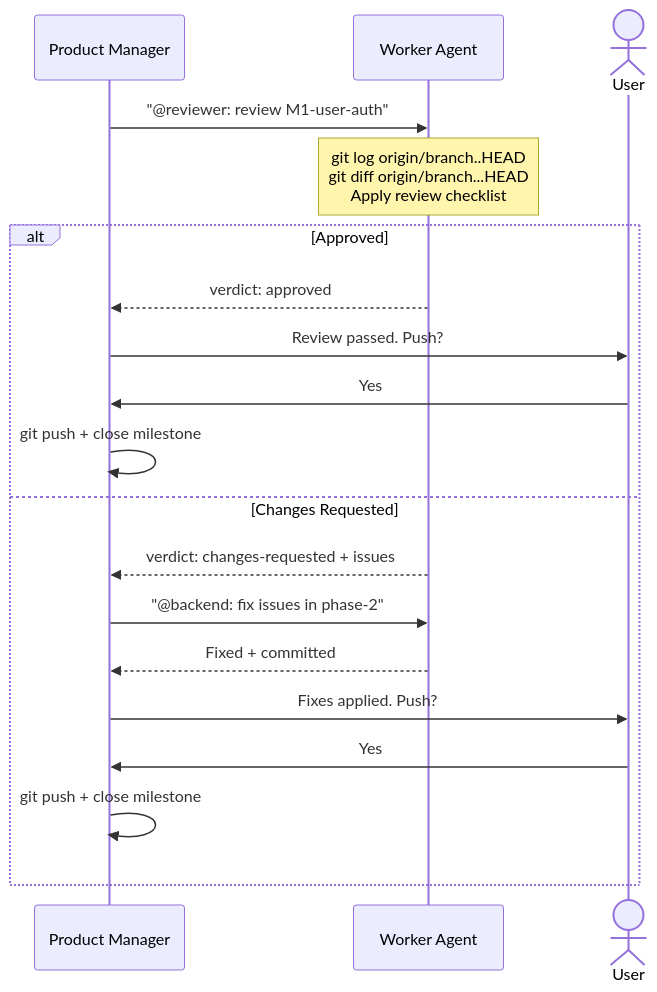
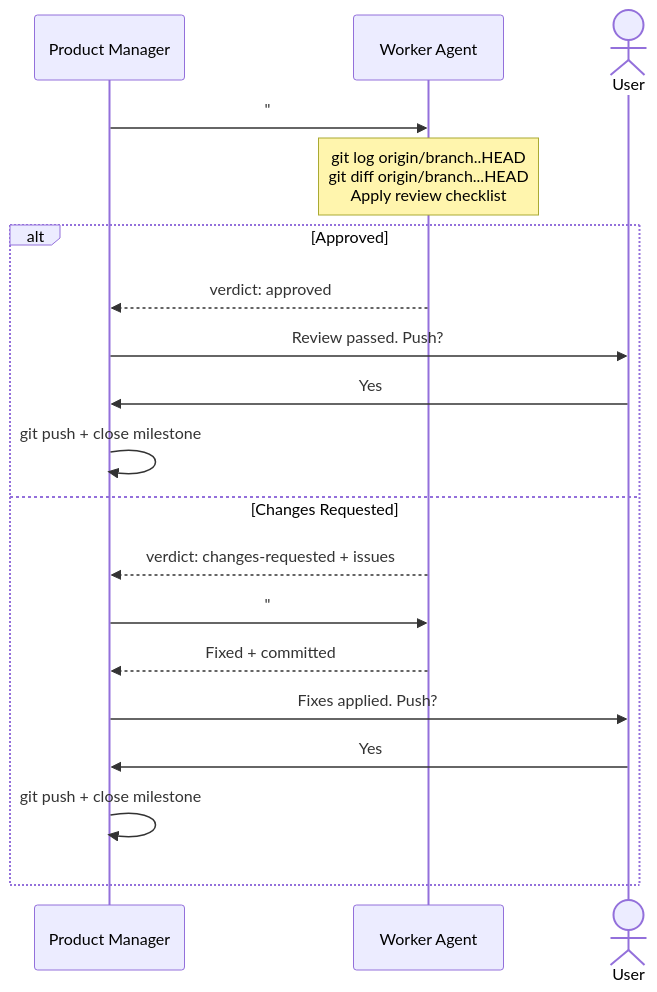
The third of 3 diagrams in .orchestra/README.md (sulhadin/orchestrator), drawn with Mermaid before and after one commit. The commit also changed other lines of this file and 9 other files, not shown here.

````diff
--- a/.orchestra/README.md
+++ b/.orchestra/README.md
@@ -344,23 +344,23 @@
 ```mermaid
 sequenceDiagram
     participant PM as Product Manager
     participant W as Worker Agent
     actor U as User
 
-    PM->>W: "@reviewer: review M1-user-auth"
+    PM->>W: "#reviewer: review M1-user-auth"
     Note over W: git log origin/branch..HEAD<br/>git diff origin/branch...HEAD<br/>Apply review checklist
 
     alt Approved
         W-->>PM: verdict: approved
         PM->>U: Review passed. Push?
         U->>PM: Yes
         PM->>PM: git push + close milestone
     else Changes Requested
         W-->>PM: verdict: changes-requested + issues
-        PM->>W: "@backend: fix issues in phase-2"
+        PM->>W: "#backend: fix issues in phase-2"
         W-->>PM: Fixed + committed
         PM->>U: Fixes applied. Push?
         U->>PM: Yes
         PM->>PM: git push + close milestone
     end
 ```
````
